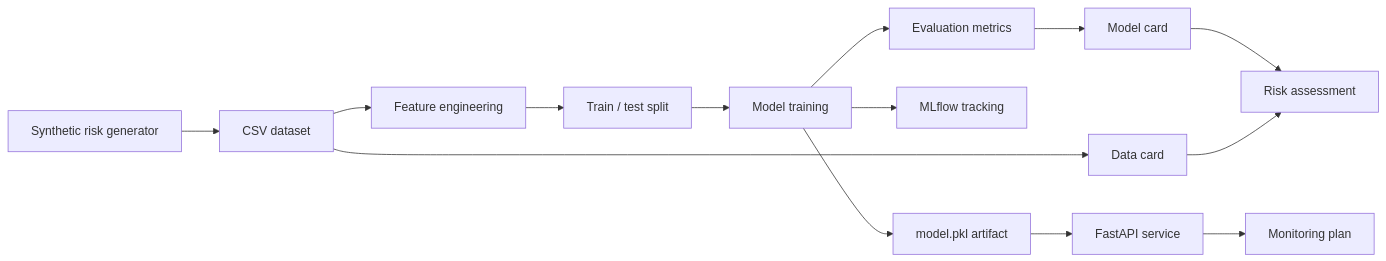
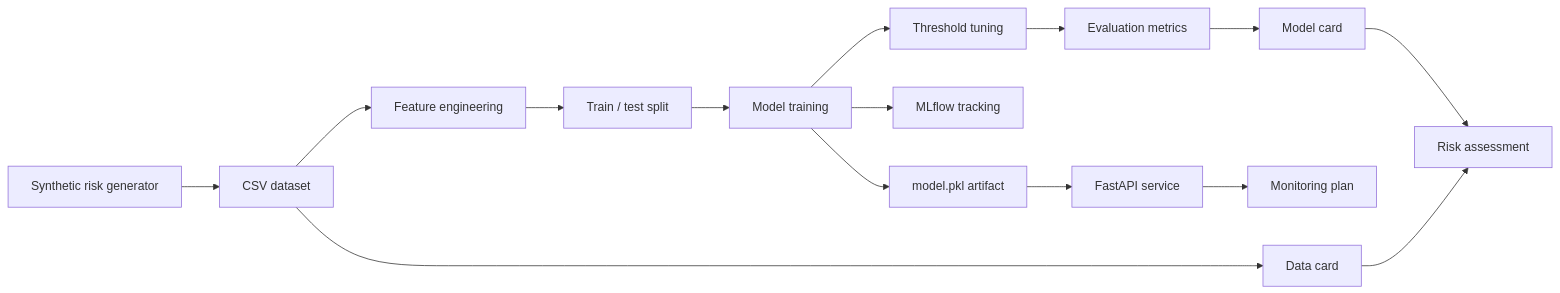
One commit to KinSushi/fraud-mlops-control-tower changed the diagram in README.md. Above: the diagram before and after it, drawn with Mermaid. The commit also changed other lines of this file, not shown here.

````diff
--- a/README.md
+++ b/README.md
@@ -54,16 +54,17 @@
 ```mermaid
 flowchart LR
     A[Synthetic risk generator] --> B[CSV dataset]
     B --> C[Feature engineering]
     C --> D[Train / test split]
     D --> E[Model training]
-    E --> F[Evaluation metrics]
-    E --> G[MLflow tracking]
-    E --> H[model.pkl artifact]
-    H --> I[FastAPI service]
-    F --> J[Model card]
-    B --> K[Data card]
-    I --> L[Monitoring plan]
-    J --> M[Risk assessment]
-    K --> M
+    E --> F[Threshold tuning]
+    F --> G[Evaluation metrics]
+    E --> H[MLflow tracking]
+    E --> I[model.pkl artifact]
+    I --> J[FastAPI service]
+    G --> K[Model card]
+    B --> L[Data card]
+    J --> M[Monitoring plan]
+    K --> N[Risk assessment]
+    L --> N
 ```
````
